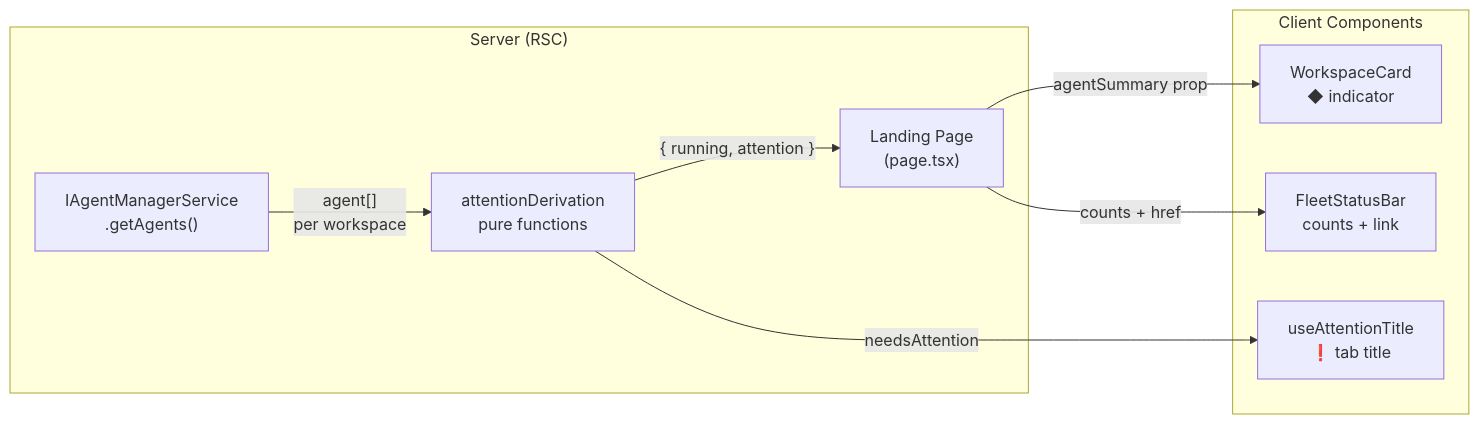
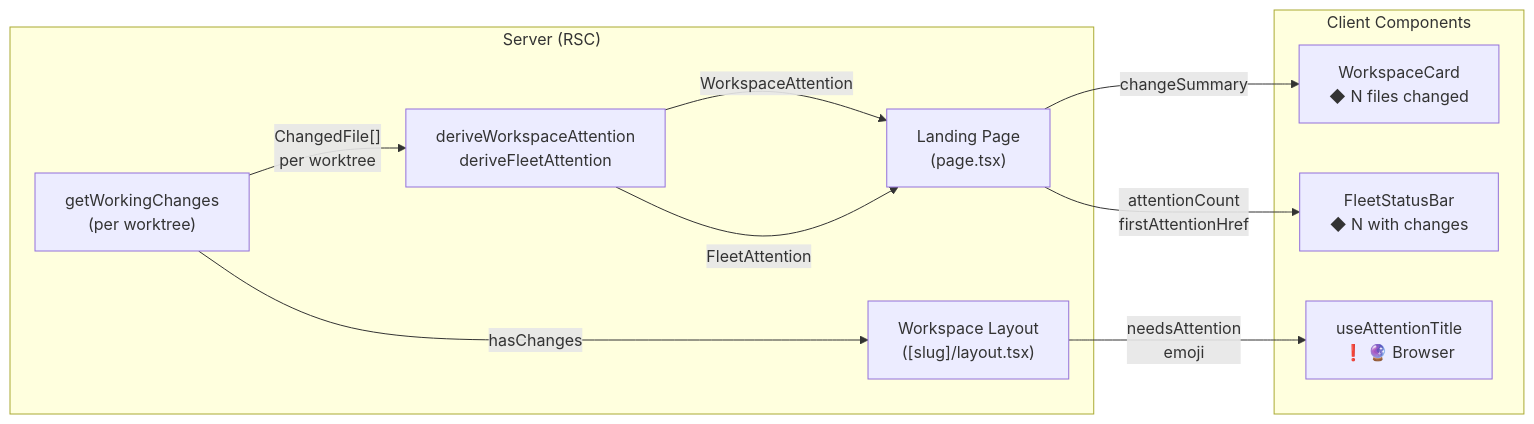
The second of 3 diagrams in docs/plans/041-file-browser/tasks/phase-5-attention-system-polish/tasks.md (AI-Substrate/chainglass), drawn with Mermaid before and after one commit. The commit also changed other lines of this file and 17 other files, not shown here.

First line of the commit message:
Plan 041 Phase 5: Attention system, workspace context, settings page, pickers

````diff
--- a/docs/plans/041-file-browser/tasks/phase-5-attention-system-polish/tasks.md
+++ b/docs/plans/041-file-browser/tasks/phase-5-attention-system-polish/tasks.md
@@ -209,20 +242,23 @@
 ```mermaid
 flowchart LR
     subgraph Server["Server (RSC)"]
-        AMS["IAgentManagerService<br/>.getAgents()"]
-        AD["attentionDerivation<br/>pure functions"]
+        GWC["getWorkingChanges<br/>(per worktree)"]
+        AD["deriveWorkspaceAttention<br/>deriveFleetAttention"]
         LP["Landing Page<br/>(page.tsx)"]
+        WL["Workspace Layout<br/>([slug]/layout.tsx)"]
     end
 
     subgraph Client["Client Components"]
-        WC["WorkspaceCard<br/>◆ indicator"]
-        FSB["FleetStatusBar<br/>counts + link"]
-        UAT["useAttentionTitle<br/>❗ tab title"]
+        WC["WorkspaceCard<br/>◆ N files changed"]
+        FSB["FleetStatusBar<br/>◆ N with changes"]
+        UAT["useAttentionTitle<br/>❗ 🔮 Browser"]
     end
 
-    AMS -->|"agent[]<br/>per workspace"| AD
-    AD -->|"{ running, attention }"| LP
-    LP -->|"agentSummary prop"| WC
-    LP -->|"counts + href"| FSB
-    AD -->|"needsAttention"| UAT
+    GWC -->|"ChangedFile[]<br/>per worktree"| AD
+    AD -->|"WorkspaceAttention"| LP
+    AD -->|"FleetAttention"| LP
+    LP -->|"changeSummary"| WC
+    LP -->|"attentionCount<br/>firstAttentionHref"| FSB
+    GWC -->|"hasChanges"| WL
+    WL -->|"needsAttention<br/>emoji"| UAT
 ```
````
